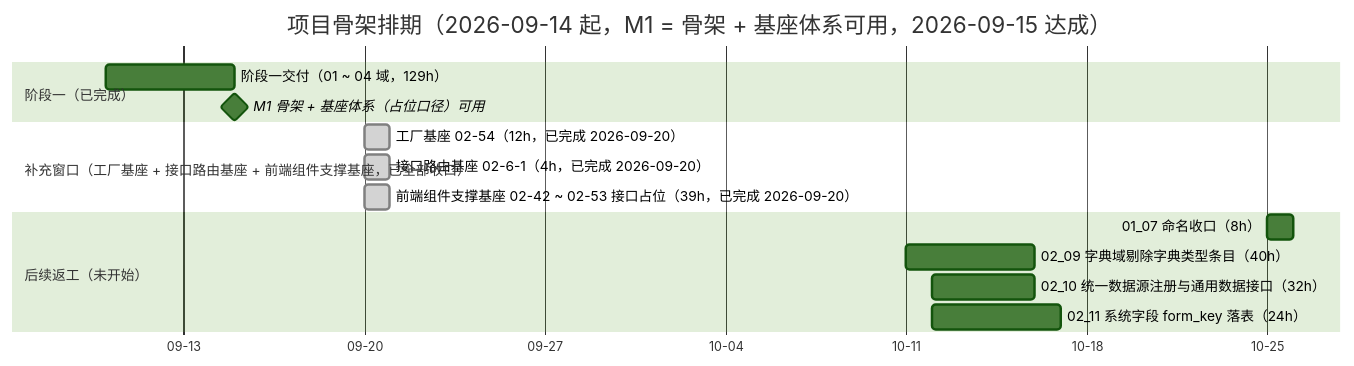
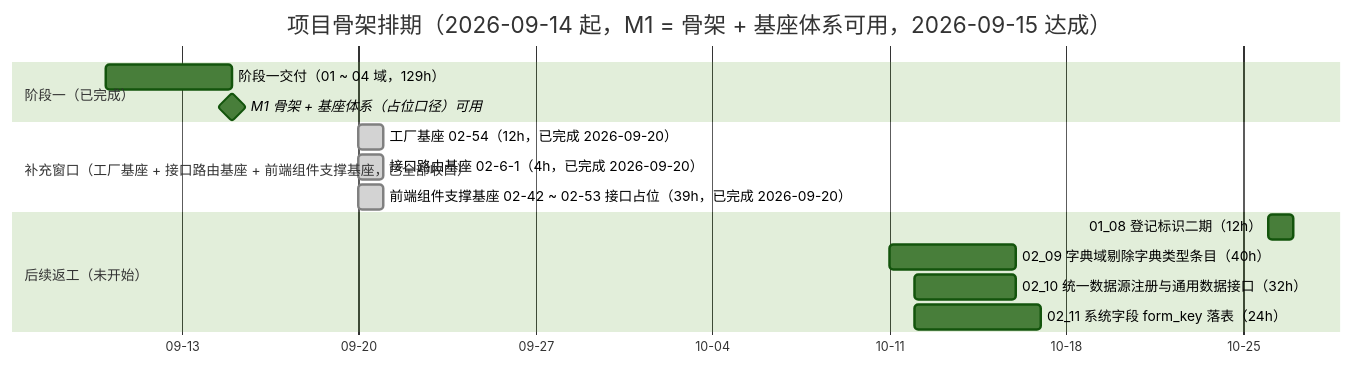
One commit to minjian123/basic-management-system changed the diagram in bms文档/项目/01_项目骨架/计划/01_计划_项目骨架.md. Above: the diagram before and after it, drawn with Mermaid (forest theme). The commit also changed other lines of this file and 8 other files, not shown here.

````diff
--- a/bms文档/项目/01_项目骨架/计划/01_计划_项目骨架.md
+++ b/bms文档/项目/01_项目骨架/计划/01_计划_项目骨架.md
@@ -149,18 +150,18 @@
 ```mermaid
 gantt
     title 项目骨架排期（2026-09-14 起，M1 = 骨架 + 基座体系可用，2026-09-15 达成）
     dateFormat  YYYY-MM-DD
     axisFormat %m-%d
     section 阶段一（已完成）
     阶段一交付（01 ~ 04 域，129h） :done1, 2026-09-10, 2026-09-15
     M1 骨架 + 基座体系（占位口径）可用 :milestone, m1, 2026-09-15, 0d
     section 补充窗口（工厂基座 + 接口路由基座 + 前端组件支撑基座，已全部收口）
     工厂基座 02-54（12h，已完成 2026-09-20） :done, fac, 2026-09-20, 1d
     接口路由基座 02-6-1（4h，已完成 2026-09-20） :done, route, 2026-09-20, 1d
     前端组件支撑基座 02-42 ~ 02-53 接口占位（39h，已完成 2026-09-20） :done, supp, 2026-09-20, 1d
     section 后续返工（未开始）
-    01_07 命名收口（8h） :d0107, 2026-10-25, 2026-10-26
+    01_08 登记标识二期（12h） :d0108, 2026-10-26, 2026-10-27
     02_09 字典域剔除字典类型条目（40h） :d09, 2026-10-11, 2026-10-16
     02_10 统一数据源注册与通用数据接口（32h） :d10, 2026-10-12, 2026-10-16
     02_11 系统字段 form_key 落表（24h） :d11, 2026-10-12, 2026-10-17
 ```
````
